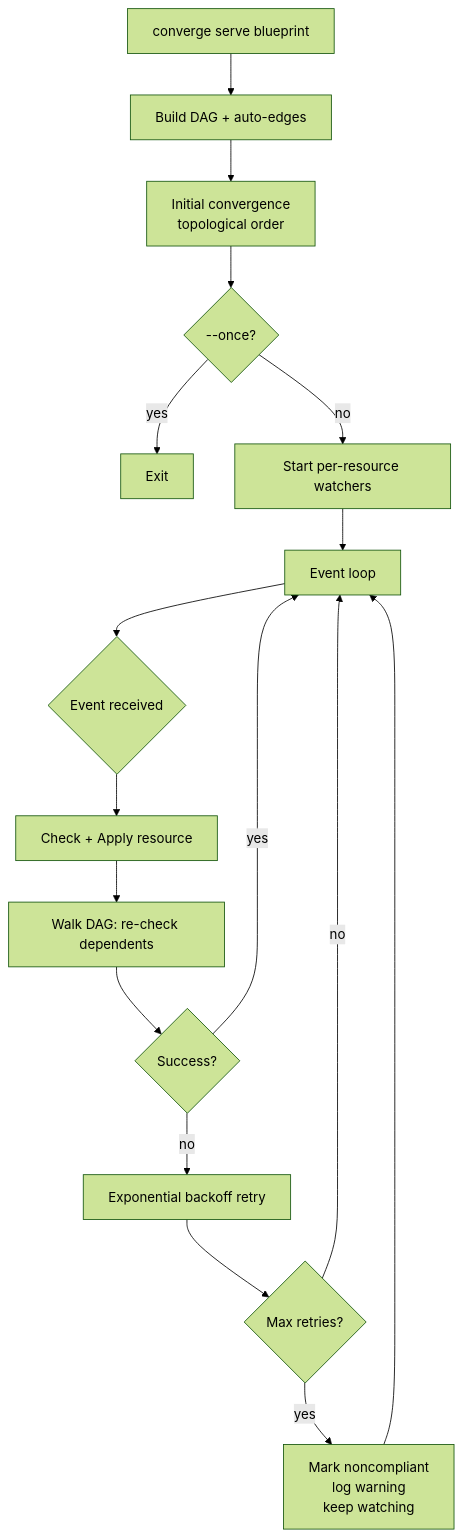
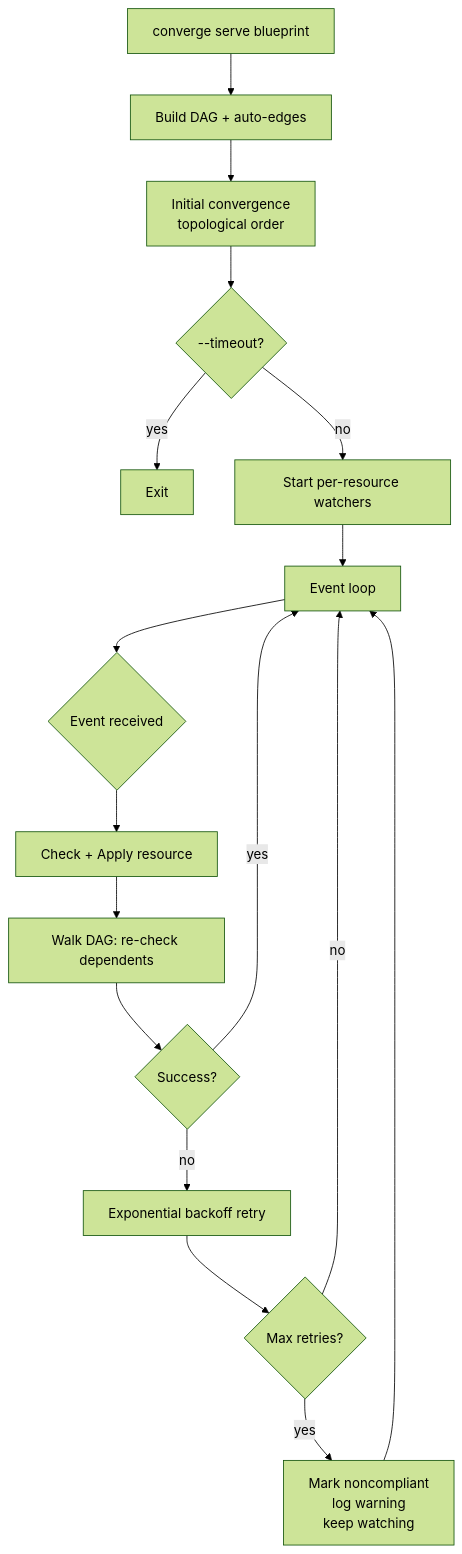
Before and after one commit to TsekNet/converge: the third of 4 diagrams in docs/design.md, drawn with Mermaid (forest theme). The commit also changed 6 other files, not shown here.

First line of the commit message:
refactor: Remove --once flag, --timeout subsumes it

````diff
--- a/docs/design.md
+++ b/docs/design.md
@@ -251,19 +251,19 @@
 ```mermaid
 flowchart TD
     A[converge serve blueprint] --> B[Build DAG + auto-edges]
     B --> C[Initial convergence<br/>topological order]
-    C --> D{--once?}
+    C --> D{--timeout?}
     D -->|yes| E[Exit]
     D -->|no| F[Start per-resource watchers]
     F --> G[Event loop]
     G --> H{Event received}
     H --> I[Check + Apply resource]
     I --> J[Walk DAG: re-check dependents]
     J --> K{Success?}
     K -->|yes| G
     K -->|no| L[Exponential backoff retry]
     L --> M{Max retries?}
     M -->|no| G
     M -->|yes| N[Mark noncompliant<br/>log warning<br/>keep watching]
     N --> G
 ```
````
